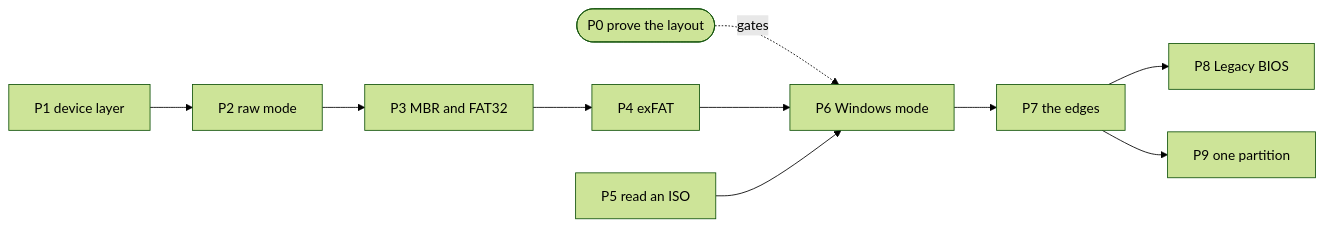
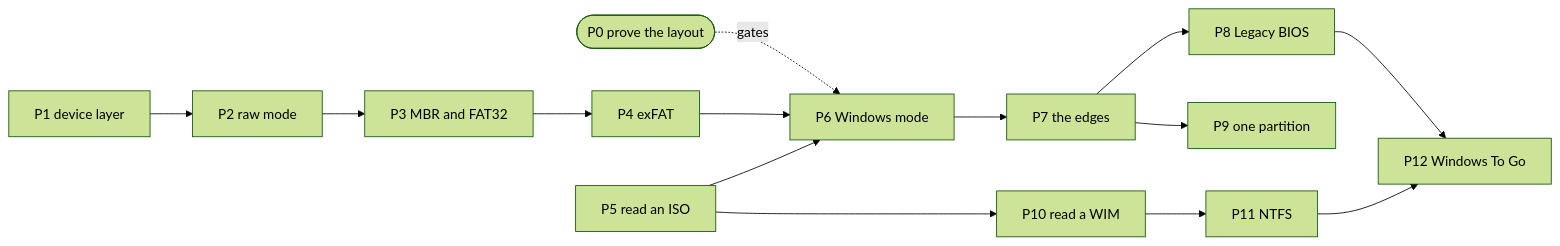
The diagram in docs/roadmap.md (Stiven-Gjekaj/burnout), drawn with Mermaid (forest theme) before and after one commit. The commit also changed other lines of this file, not shown here.

````diff
--- a/docs/roadmap.md
+++ b/docs/roadmap.md
@@ -42,12 +42,16 @@
 ```mermaid
 flowchart LR
     P0([P0 prove the layout]) -.gates.-> P6
     P1[P1 device layer] --> P2[P2 raw mode]
     P2 --> P3[P3 MBR and FAT32]
     P3 --> P4[P4 exFAT]
     P4 --> P6[P6 Windows mode]
     P5[P5 read an ISO] --> P6
     P6 --> P7[P7 the edges]
     P7 --> P8[P8 Legacy BIOS]
     P7 --> P9[P9 one partition]
+    P5 --> P10[P10 read a WIM]
+    P10 --> P11[P11 NTFS]
+    P11 --> P12[P12 Windows To Go]
+    P8 --> P12
 ```
````
